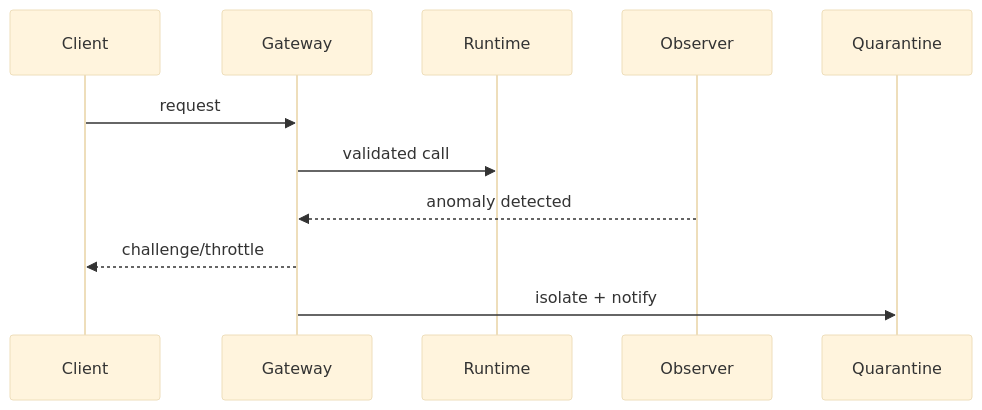
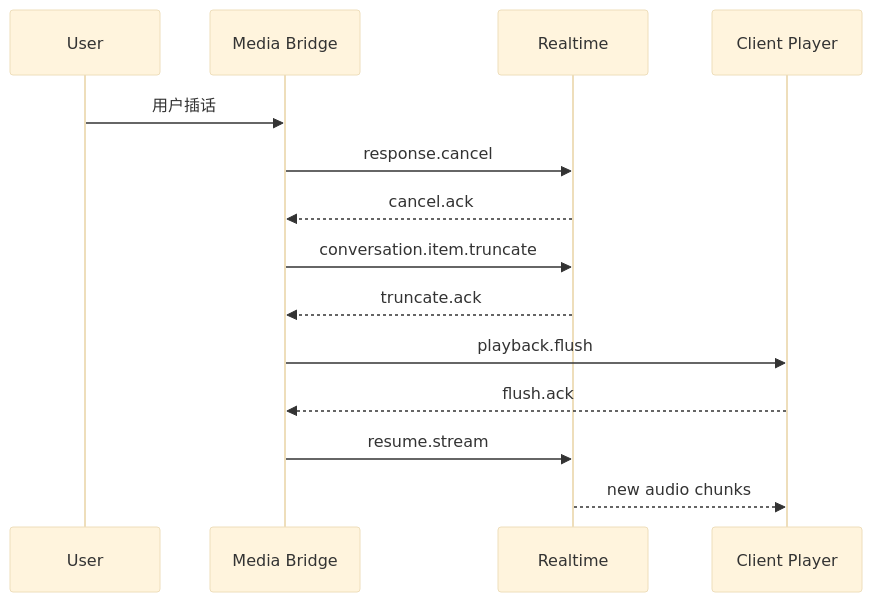
One commit to turbo998/ai-infra-lab changed the second of 2 diagrams in workshops/azure-agent-infra/acs-aoai-realtime-webrtc-voice-agent-turn-bargein-faq-r1101.md. Above: the diagram before and after it, drawn with Mermaid (base theme). The commit also changed other lines of this file and 5 other files, not shown here.

````diff
--- a/workshops/azure-agent-infra/acs-aoai-realtime-webrtc-voice-agent-turn-bargein-faq-r1101.md
+++ b/workshops/azure-agent-infra/acs-aoai-realtime-webrtc-voice-agent-turn-bargein-faq-r1101.md
@@ -138,13 +146,16 @@
 ```mermaid
 sequenceDiagram
-  participant C as Client
-  participant G as Gateway
-  participant R as Runtime
-  participant O as Observer
-  participant Q as Quarantine
-  C->>G: request
-  G->>R: validated call
-  O-->>G: anomaly detected
-  G-->>C: challenge/throttle
-  G->>Q: isolate + notify
+  participant U as User
+  participant B as Media Bridge
+  participant R as Realtime
+  participant C as Client Player
+  U->>B: 用户插话
+  B->>R: response.cancel
+  R-->>B: cancel.ack
+  B->>R: conversation.item.truncate
+  R-->>B: truncate.ack
+  B->>C: playback.flush
+  C-->>B: flush.ack
+  B->>R: resume.stream
+  R-->>C: new audio chunks
 ```
````
